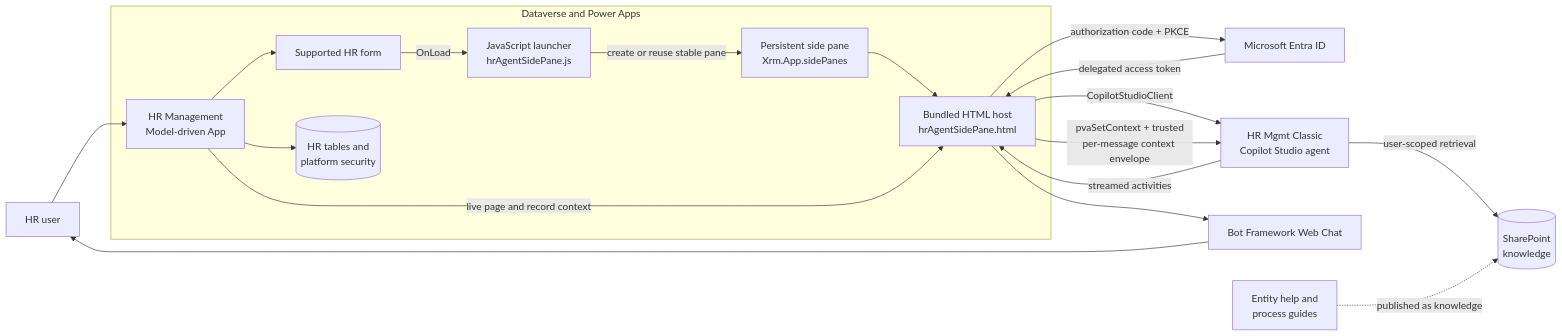
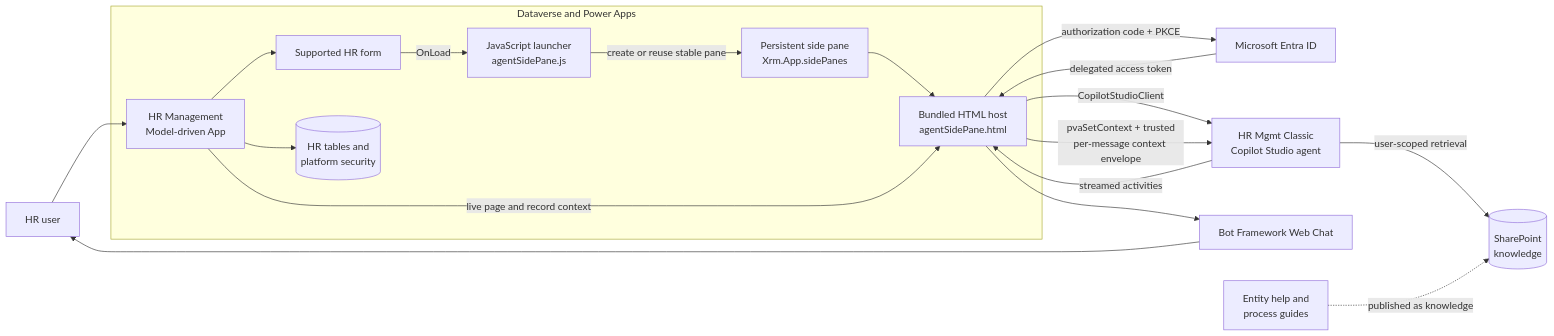
The first of 2 diagrams in README.md (CooperSurgicalCommercialWebEngineering/CustomAgentSidecarMDA), drawn with Mermaid before and after one commit. The commit also changed other lines of this file and 20 other files, not shown here.

````diff
--- a/README.md
+++ b/README.md
@@ -38,24 +38,24 @@
 ```mermaid
 flowchart LR
 	User[HR user] --> MDA[HR Management<br/>Model-driven App]
 
 	subgraph Dataverse[Dataverse and Power Apps]
 		MDA --> Form[Supported HR form]
-		Form -->|OnLoad| Launcher[JavaScript launcher<br/>hrAgentSidePane.js]
+		Form -->|OnLoad| Launcher[JavaScript launcher<br/>agentSidePane.js]
 		Launcher -->|create or reuse stable pane| Pane[Persistent side pane<br/>Xrm.App.sidePanes]
-		Pane --> Host[Bundled HTML host<br/>hrAgentSidePane.html]
+		Pane --> Host[Bundled HTML host<br/>agentSidePane.html]
 		MDA -->|live page and record context| Host
 		MDA --> HRData[(HR tables and<br/>platform security)]
 	end
 
 	Host -->|authorization code + PKCE| Entra[Microsoft Entra ID]
 	Entra -->|delegated access token| Host
 	Host -->|CopilotStudioClient| Agent[HR Mgmt Classic<br/>Copilot Studio agent]
 	Host -->|pvaSetContext + trusted<br/>per-message context envelope| Agent
 	Agent -->|user-scoped retrieval| SharePoint[(SharePoint<br/>knowledge)]
 	Agent -->|streamed activities| Host
 	Host --> WebChat[Bot Framework Web Chat]
 	WebChat --> User
 
 	Docs[Entity help and<br/>process guides] -. published as knowledge .-> SharePoint
 ```
````
